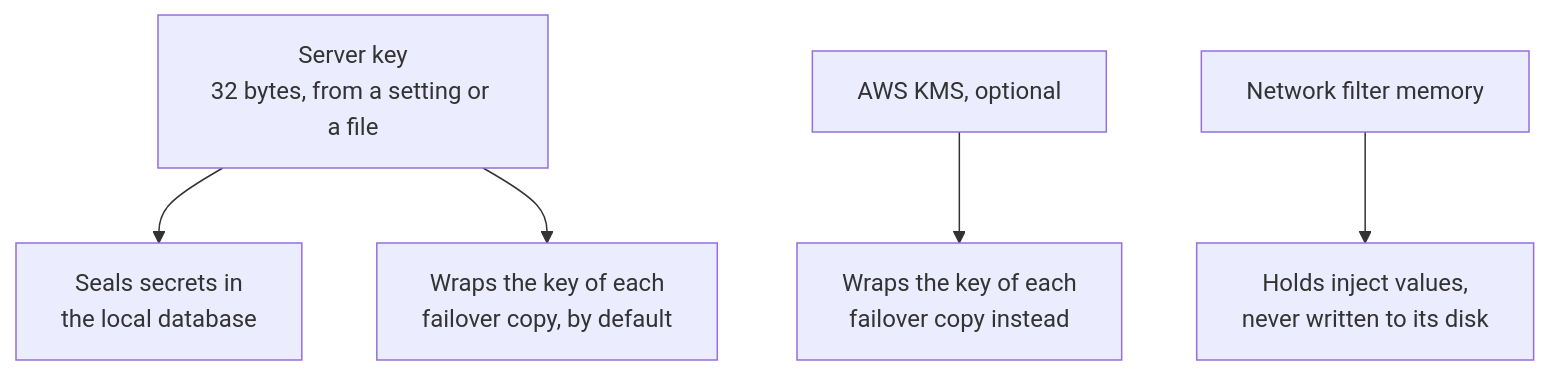
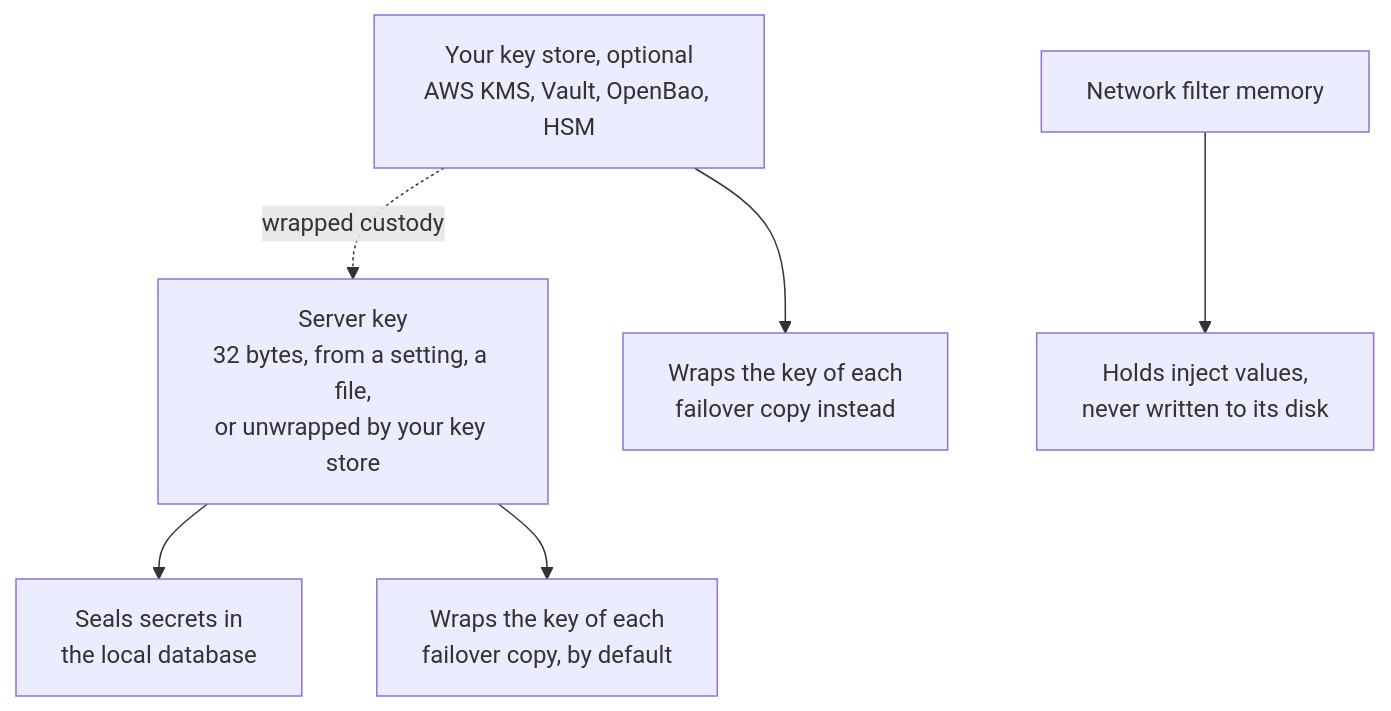
One commit to aerol-ai/microvm changed the fifth of 5 diagrams in docs/src/content/docs/enterprise/architecture.mdx. Above: the diagram before and after it, drawn with Mermaid. The commit also changed other lines of this file and 17 other files, not shown here.

First line of the commit message:
docs: Use your own key store

````diff
--- a/docs/src/content/docs/enterprise/architecture.mdx
+++ b/docs/src/content/docs/enterprise/architecture.mdx
@@ -169,7 +169,8 @@
 ```mermaid
 flowchart TB
-    K["Server key<br/>32 bytes, from a setting or a file"] --> L["Seals secrets in<br/>the local database"]
+    K["Server key<br/>32 bytes, from a setting, a file,<br/>or unwrapped by your key store"] --> L["Seals secrets in<br/>the local database"]
     K --> C["Wraps the key of each<br/>failover copy, by default"]
-    KMS["AWS KMS, optional"] --> C2["Wraps the key of each<br/>failover copy instead"]
+    KMS["Your key store, optional<br/>AWS KMS, Vault, OpenBao, HSM"] --> C2["Wraps the key of each<br/>failover copy instead"]
+    KMS -. "wrapped custody" .-> K
     G["Network filter memory"] --> I["Holds inject values,<br/>never written to its disk"]
 ```
````
